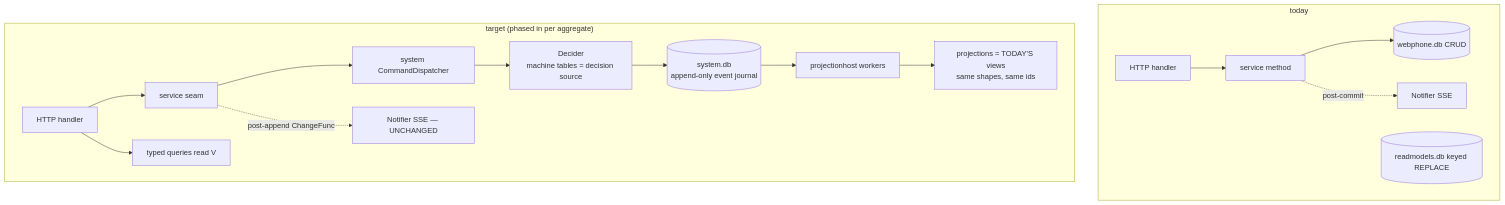
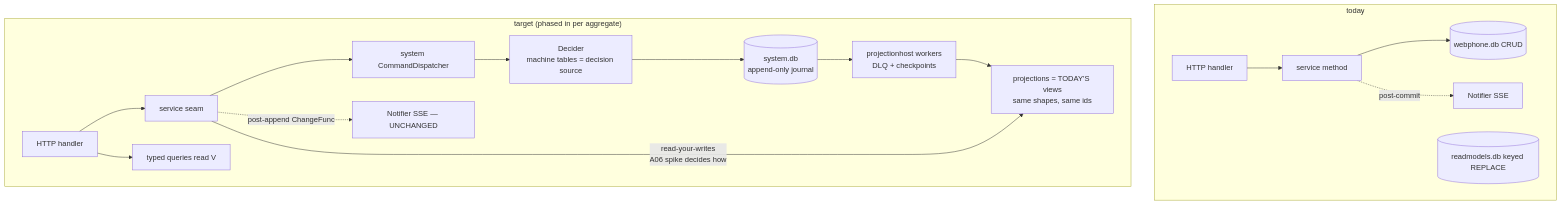
The first of 2 diagrams in docs/planning/2026-11-08_04-04_SUPERB-command-event-sourcing.md (LarsArtmann/webphone), drawn with Mermaid before and after one commit. The commit also changed other lines of this file and 2 other files, not shown here.

````diff
--- a/docs/planning/2026-11-08_04-04_SUPERB-command-event-sourcing.md
+++ b/docs/planning/2026-11-08_04-04_SUPERB-command-event-sourcing.md
@@ -37,17 +41,18 @@
 ```mermaid
 flowchart TD
     subgraph TODAY["today"]
-        H1[HTTP handler] --> S1[service method] --> ST[(webphone.db CRUD)] 
+        H1[HTTP handler] --> S1[service method] --> ST[(webphone.db CRUD)]
         S1 -.post-commit.-> N1[Notifier SSE]
         RM[(readmodels.db keyed REPLACE)]
     end
     subgraph TARGET["target (phased in per aggregate)"]
         H2[HTTP handler] --> SVC[service seam] --> DISP[system CommandDispatcher]
         DISP --> DEC[Decider<br/>machine tables = decision source]
-        DEC --> J[(system.db<br/>append-only event journal)]
-        J --> PH[projectionhost workers]
+        DEC --> J[(system.db<br/>append-only journal)]
+        J --> PH[projectionhost workers<br/>DLQ + checkpoints]
         PH --> V[projections = TODAY'S views<br/>same shapes, same ids]
+        SVC -- read-your-writes<br/>A06 spike decides how --> V
         H2 --> Q[typed queries read V]
         SVC -.post-append ChangeFunc.-> N2[Notifier SSE — UNCHANGED]
     end
 ```
````
